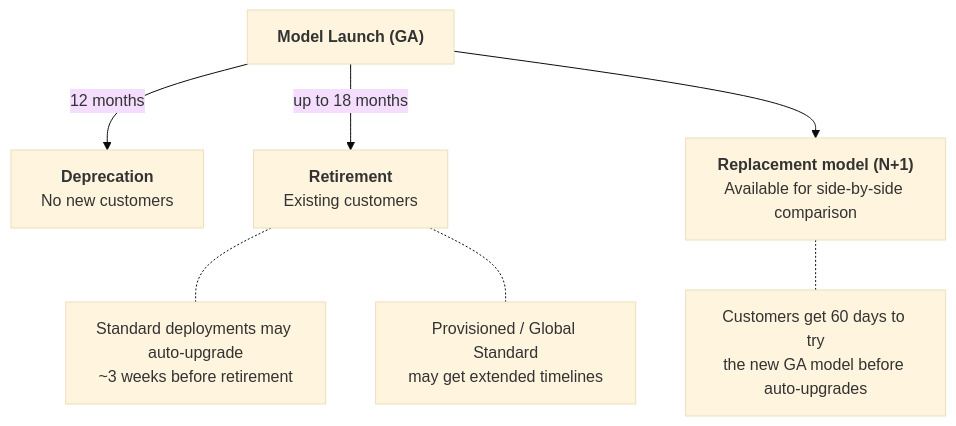
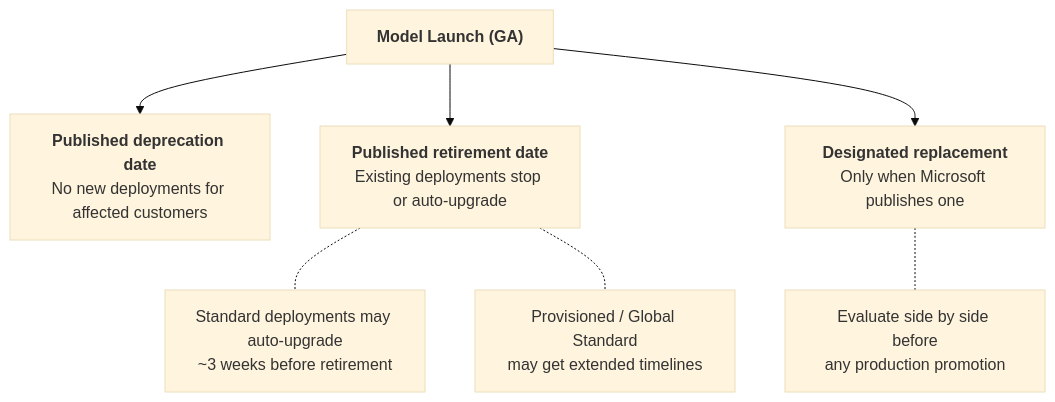
The first of 2 diagrams in docs/llm-upgrade-lifecycle-best-practices.md (aiappsgbb/AOAI-models-migration), drawn with Mermaid (base theme) before and after one commit. The commit also changed other lines of this file and 32 other files, not shown here.

````diff
--- a/docs/llm-upgrade-lifecycle-best-practices.md
+++ b/docs/llm-upgrade-lifecycle-best-practices.md
@@ -43,11 +43,11 @@
 ```mermaid
 graph TD
     GA["<b>Model Launch (GA)</b>"]
-    GA -->|"12 months"| DEP["<b>Deprecation</b><br/>No new customers"]
-    GA -->|"up to 18 months"| RET["<b>Retirement</b><br/>Existing customers"]
-    GA --> REPL["<b>Replacement model (N+1)</b><br/>Available for side-by-side comparison"]
+    GA --> DEP["<b>Published deprecation date</b><br/>No new deployments for affected customers"]
+    GA --> RET["<b>Published retirement date</b><br/>Existing deployments stop or auto-upgrade"]
+    GA --> REPL["<b>Designated replacement</b><br/>Only when Microsoft publishes one"]
 
     RET -.- NOTE1["Standard deployments may auto-upgrade<br/>~3 weeks before retirement"]
     RET -.- NOTE2["Provisioned / Global Standard<br/>may get extended timelines"]
-    REPL -.- NOTE3["Customers get 60 days to try<br/>the new GA model before auto-upgrades"]
+    REPL -.- NOTE3["Evaluate side by side before<br/>any production promotion"]
 ```
````
